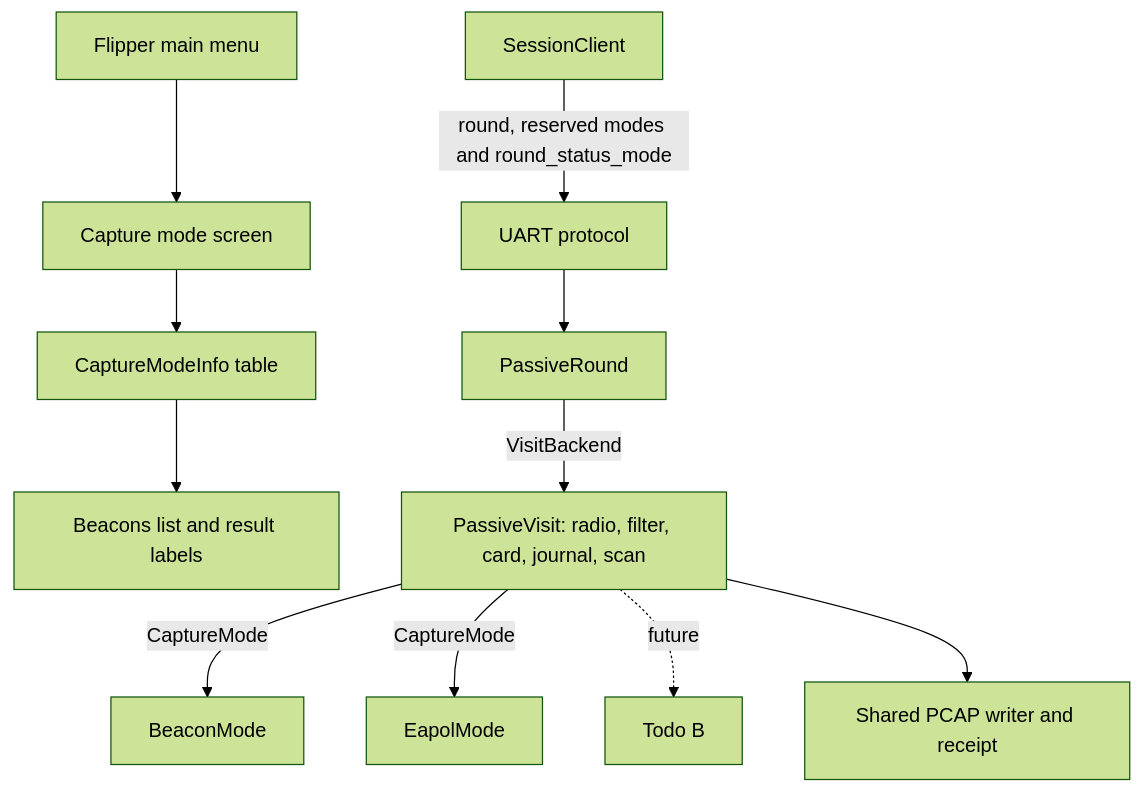
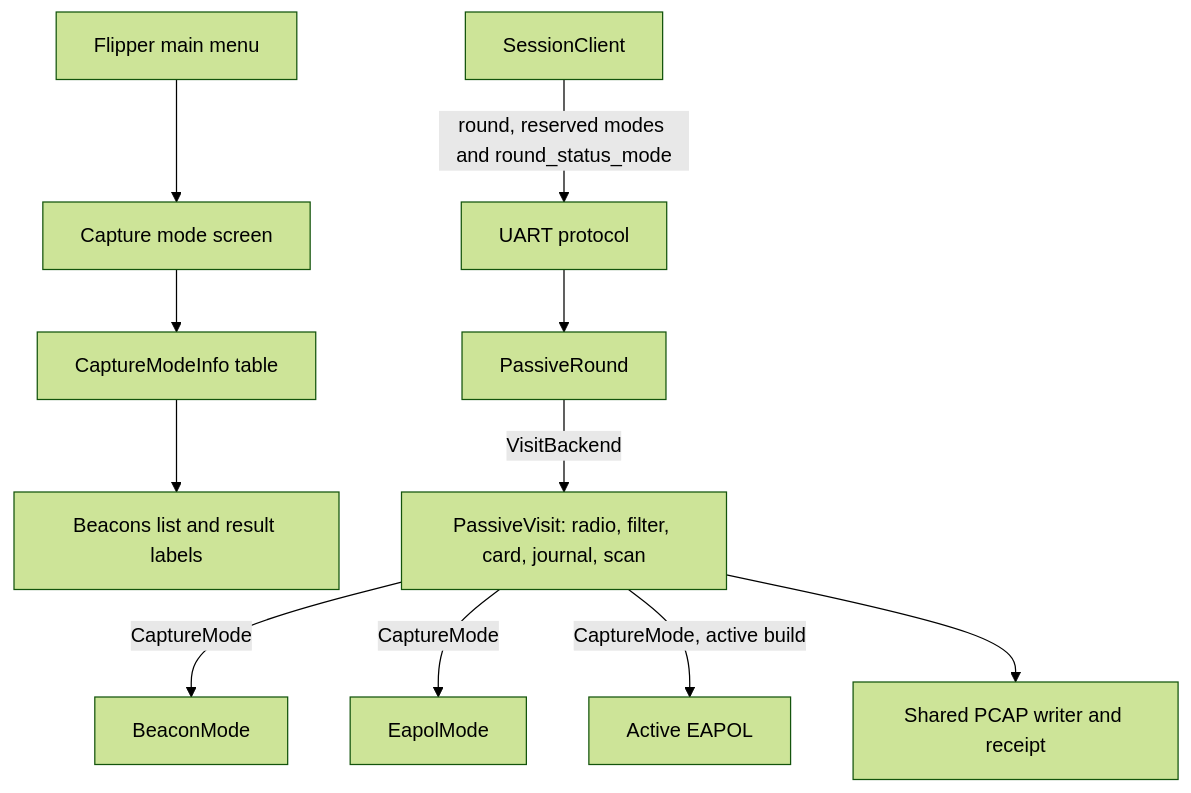
One commit to pavelzaitsau/airrounds changed the diagram in docs/capture-modes-design.md. Above: the diagram before and after it, drawn with Mermaid (forest theme). The commit also changed other lines of this file and 35 other files, not shown here.

Commit message:
feat: T12 add the active deauth-and-EAPOL capture mode

````diff
--- a/docs/capture-modes-design.md
+++ b/docs/capture-modes-design.md
@@ -30,13 +30,13 @@
 ```mermaid
 graph TD
   Menu[Flipper main menu] --> Screen[Capture mode screen]
   Screen --> Table[CaptureModeInfo table]
   Table --> Labels[Beacons list and result labels]
   Client[SessionClient] -->|round, reserved modes and round_status_mode| Wire[UART protocol]
   Wire --> Round[PassiveRound]
   Round -->|VisitBackend| Visit[PassiveVisit: radio, filter, card, journal, scan]
   Visit -->|CaptureMode| Beacon[BeaconMode]
   Visit -->|CaptureMode| Eapol[EapolMode]
-  Visit -.->|future| TodoB[Todo B]
+  Visit -->|CaptureMode, active build| Active[Active EAPOL]
   Visit --> Writer[Shared PCAP writer and receipt]
 ```
````
